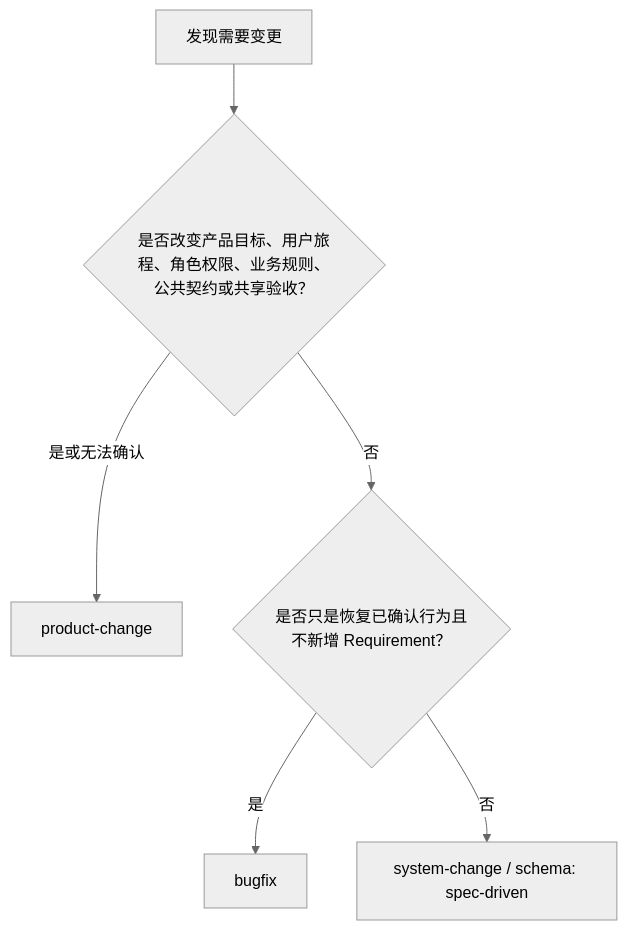
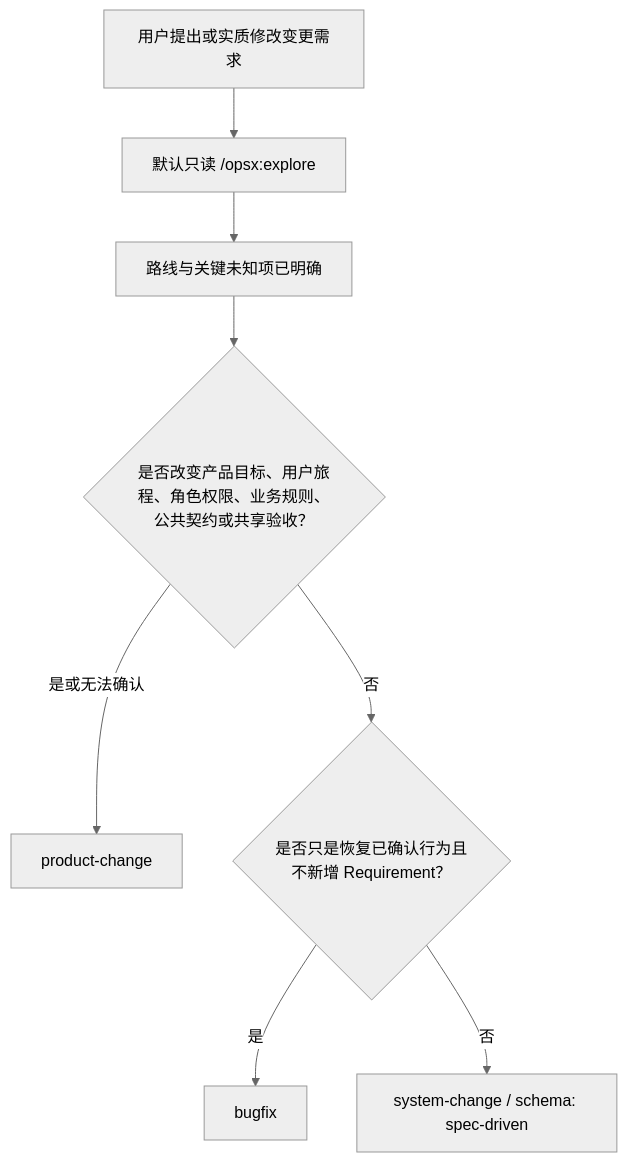
Before and after one commit to haoranliu66/openspec_workflow: the first of 3 diagrams in README.md, drawn with Mermaid (neutral theme). The commit also changed other lines of this file and 34 other files, not shown here.

````diff
--- a/README.md
+++ b/README.md
@@ -102,8 +140,10 @@
 ```mermaid
 flowchart TD
-    A["发现需要变更"] --> B{"是否改变产品目标、用户旅程、角色权限、业务规则、公共契约或共享验收？"}
+    R["用户提出或实质修改变更需求"] --> E["默认只读 /opsx:explore"]
+    E --> A["路线与关键未知项已明确"]
+    A --> B{"是否改变产品目标、用户旅程、角色权限、业务规则、公共契约或共享验收？"}
     B -- "是或无法确认" --> P["product-change"]
     B -- "否" --> C{"是否只是恢复已确认行为且不新增 Requirement？"}
     C -- "是" --> F["bugfix"]
     C -- "否" --> S["system-change / schema: spec-driven"]
 ```
````
